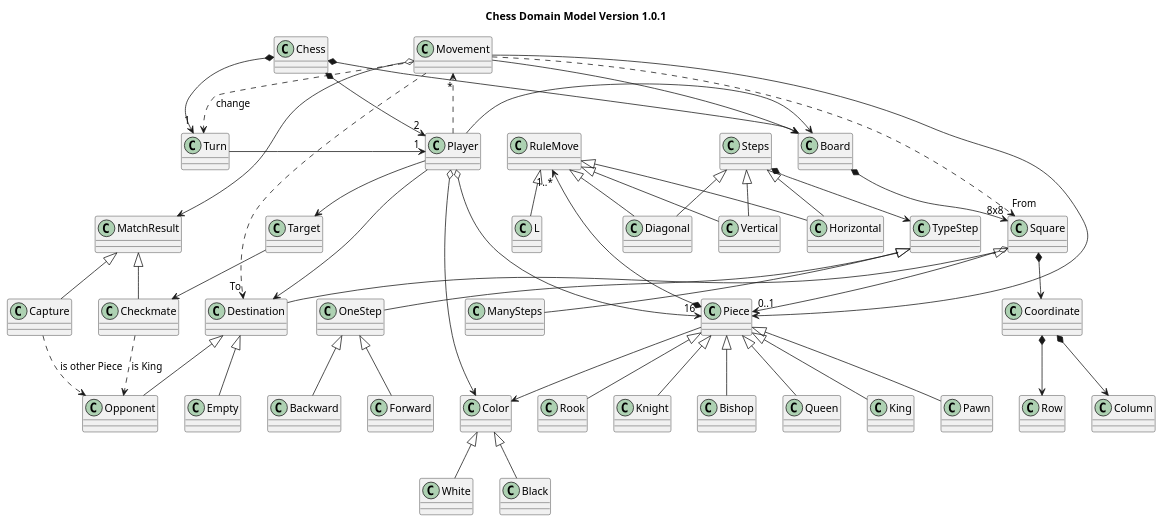
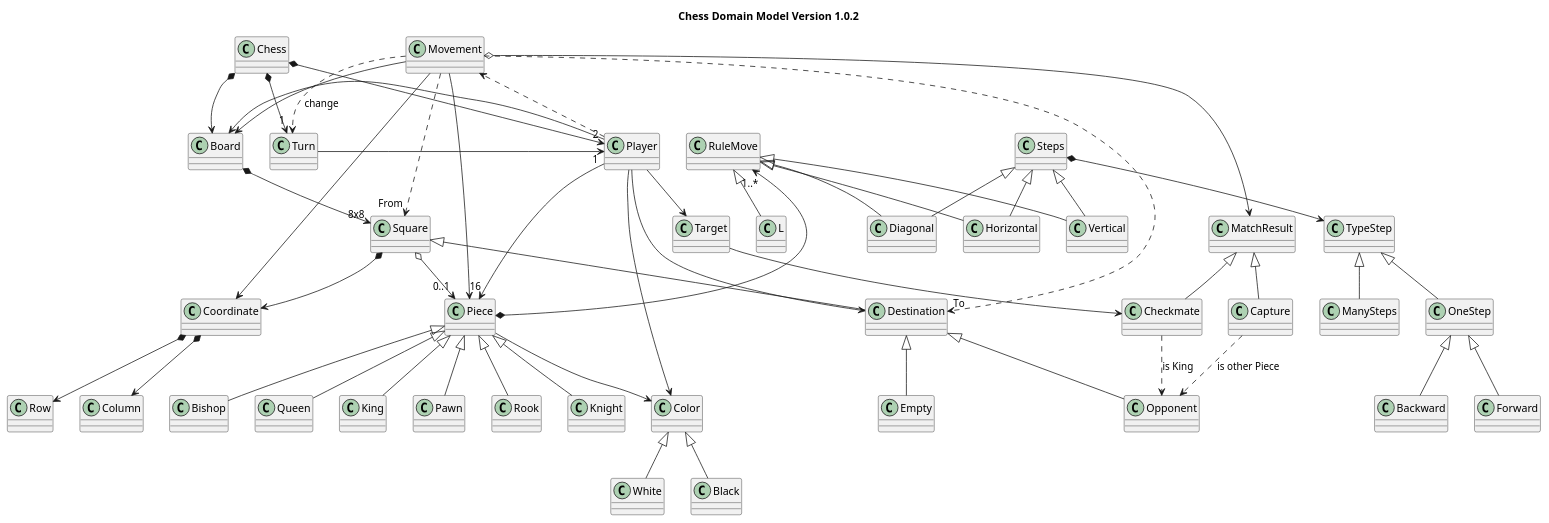
Before and after one commit to Master-Desarrollo-20-21/ejercicio-4-ajedrez-polimorfismo-kodenix: the diagram in chess-domainmodel.puml, drawn with PlantUML. The commit also changed 6 other files, not shown here.

Commit message:
Fix relations between Player - Color and Piece - Color on diagram. Fix Movement relations on domain model diagram. Refactorized code

```diff
--- a/chess-domainmodel.puml
+++ b/chess-domainmodel.puml
@@ -1,133 +1,127 @@
-@startuml ChessDomainModel_v1_0_1
+@startuml ChessDomainModel_v1_0_2
 
-	title Chess Domain Model Version 1.0.1
+	title Chess Domain Model Version 1.0.2
 
 	class Chess
 	
 	
 	
     class Square
 	class Empty
 	class Opponent
     
     class Coordinate
     
 	together {
 		class Player	
 		class RuleMove
 	
 	}
 	
 		class Board
 		class Piece
 		
 	
 
 	
 		class Movement
 		class Turn
 		class RuleMove
 	
 	
 	class Pawn
 	class Rook
 	class Knight
 	class Bishop
 	class Queen
 	class King
 	class Color
 	class White
 	class Black
 	
 	
 	class Checkmate
 	class Capture
 
 	class Target
 	class Steps
 	class TypeStep
 	class OneStep
 	class Forward
 	class Backward
 	class ManySteps
 	class Destination
 	class Checkmate
 
 	Chess *--> "1" Turn
 	Chess *--> Board
 	Chess *--> "2" Player
 	Turn --> "1" Player
 
     Board *--> "8x8" Square
 
-	Player ..> "*" Movement
-	Player o--> Color
-	Player o--> "16" Piece
+	Player --> Color
+	Player --> "16" Piece
 	Player --> Destination
 	Player --> Board
 
-	/'Player *-- King
-	Player *-- Queen
-	Player *-- "2" Bishop
-	Player *-- "2" Knight
-	Player *-- "2" Rook
-	Player *-- "8" Pawn
-	'/
 	Player --> Target
 	Target --> Checkmate
 
 	Color <|-- White
 	Color <|-- Black
 
 	Piece *--> "1..*" RuleMove
 	Piece <|-- Pawn
 	Piece <|-- Bishop
 	Piece <|-- Knight
 	Piece <|-- Rook
 	Piece <|-- Queen
 	Piece <|-- King
 
 	Piece --> Color
 
+	Player ..> Movement
+	Movement --> Board
+	Movement --> Coordinate
 	Movement ..> Turn : change
 	Movement ..> "To" Destination
     Movement ..> "From" Square
 	Movement --> Piece
 	Movement o--> MatchResult
-	Movement --> Board
 
 	MatchResult ^-- Checkmate
 	MatchResult ^-- Capture
 	Checkmate ..>  Opponent : "is King"
 	Capture ..>  Opponent : "is other Piece"
 
 	Square o--> "0..1" Piece
     Square <|-- Destination
     Square *--> Coordinate
 
 	Coordinate *--> Row
 	Coordinate *--> Column
 
 	Destination <|-- Empty
 	Destination <|-- Opponent
 	'Opponent <|-- Target
 	'Target --> King	
 
 	RuleMove <|-- Horizontal
 	RuleMove <|-- Vertical
 	RuleMove <|-- Diagonal
 	RuleMove <|-- L
 
 	
 	Steps *--> TypeStep
 	TypeStep ^-- OneStep
 		OneStep ^-- Forward
 		OneStep ^-- Backward
 	TypeStep ^-- ManySteps
 	Steps ^-- Horizontal
 	Steps ^-- Vertical
 	Steps ^-- Diagonal
 
 	
 
 @enduml
```
